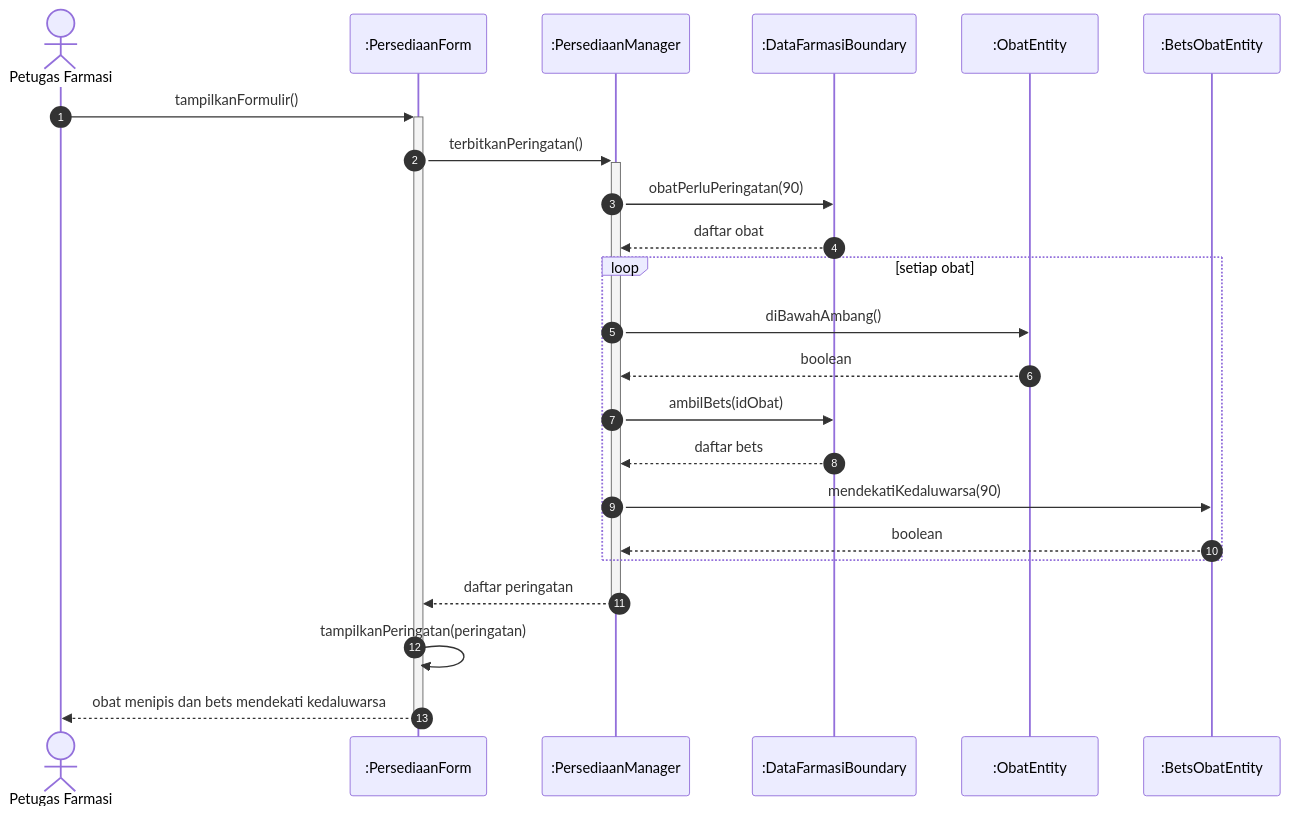
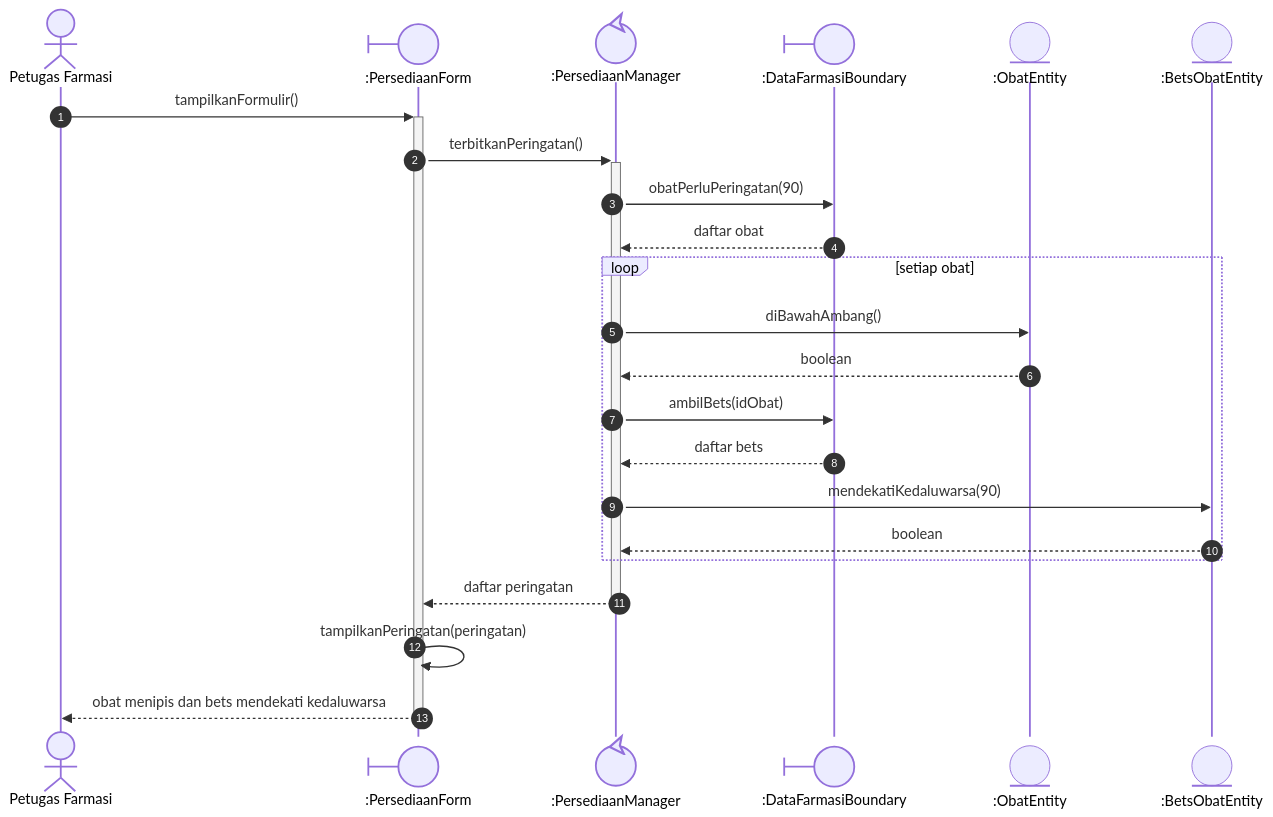
Before and after one commit to angseleong/IF2150-RPL-K02-G09: the diagram in docs/M7/assets/diagram/src/sequence-uc08-alt1.mmd, drawn with Mermaid. The commit also changed 54 other files, not shown here.

Commit message:
docs(m7): gambar ulang sequence UC07-UC12 dengan notasi BCE dan pangkas diagram kelas

```diff
--- a/docs/M7/assets/diagram/src/sequence-uc08-alt1.mmd
+++ b/docs/M7/assets/diagram/src/sequence-uc08-alt1.mmd
@@ -1,23 +1,23 @@
 sequenceDiagram
   autonumber
   actor A as Petugas Farmasi
-  participant PersediaanForm as :PersediaanForm
-  participant PersediaanManager as :PersediaanManager
-  participant DataFarmasiBoundary as :DataFarmasiBoundary
-  participant ObatEntity as :ObatEntity
-  participant BetsObatEntity as :BetsObatEntity
+  participant PersediaanForm@{ "type": "boundary" } as :PersediaanForm
+  participant PersediaanManager@{ "type": "control" } as :PersediaanManager
+  participant DataFarmasiBoundary@{ "type": "boundary" } as :DataFarmasiBoundary
+  participant ObatEntity@{ "type": "entity" } as :ObatEntity
+  participant BetsObatEntity@{ "type": "entity" } as :BetsObatEntity
   A->>+PersediaanForm: tampilkanFormulir()
   PersediaanForm->>+PersediaanManager: terbitkanPeringatan()
   PersediaanManager->>DataFarmasiBoundary: obatPerluPeringatan(90)
   DataFarmasiBoundary-->>PersediaanManager: daftar obat
   loop setiap obat
     PersediaanManager->>ObatEntity: diBawahAmbang()
     ObatEntity-->>PersediaanManager: boolean
     PersediaanManager->>DataFarmasiBoundary: ambilBets(idObat)
     DataFarmasiBoundary-->>PersediaanManager: daftar bets
     PersediaanManager->>BetsObatEntity: mendekatiKedaluwarsa(90)
     BetsObatEntity-->>PersediaanManager: boolean
   end
   PersediaanManager-->>-PersediaanForm: daftar peringatan
   PersediaanForm->>PersediaanForm: tampilkanPeringatan(peringatan)
   PersediaanForm-->>-A: obat menipis dan bets mendekati kedaluwarsa
```
